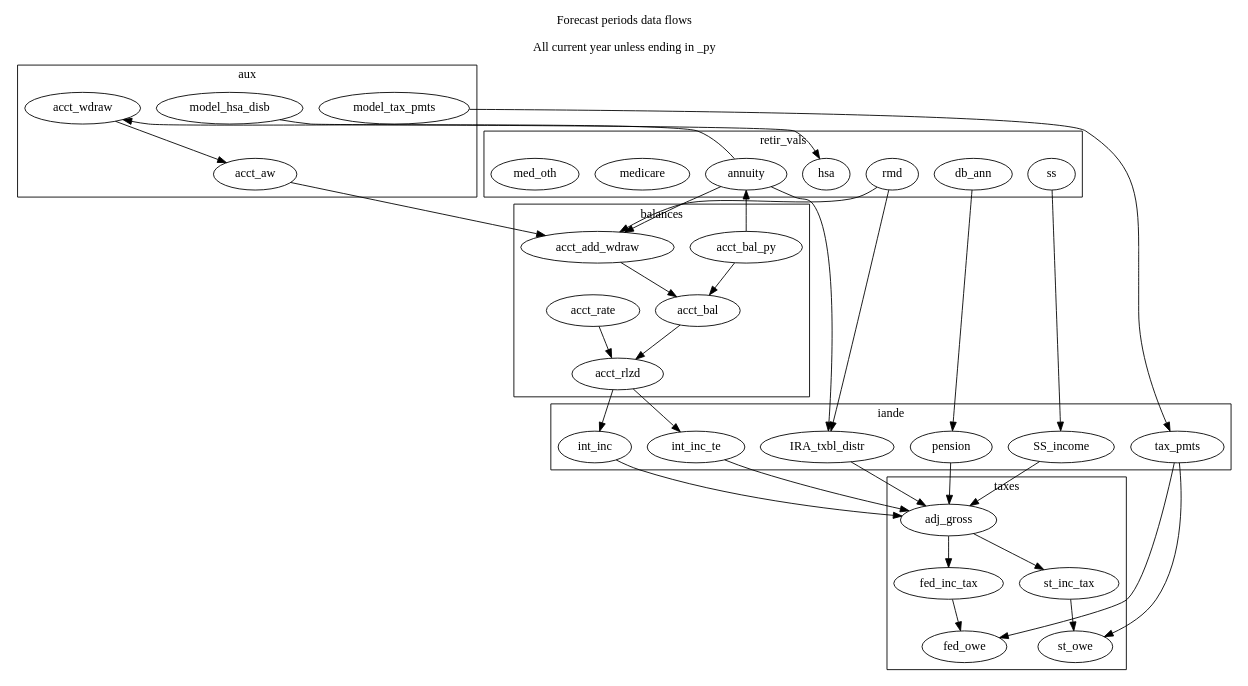
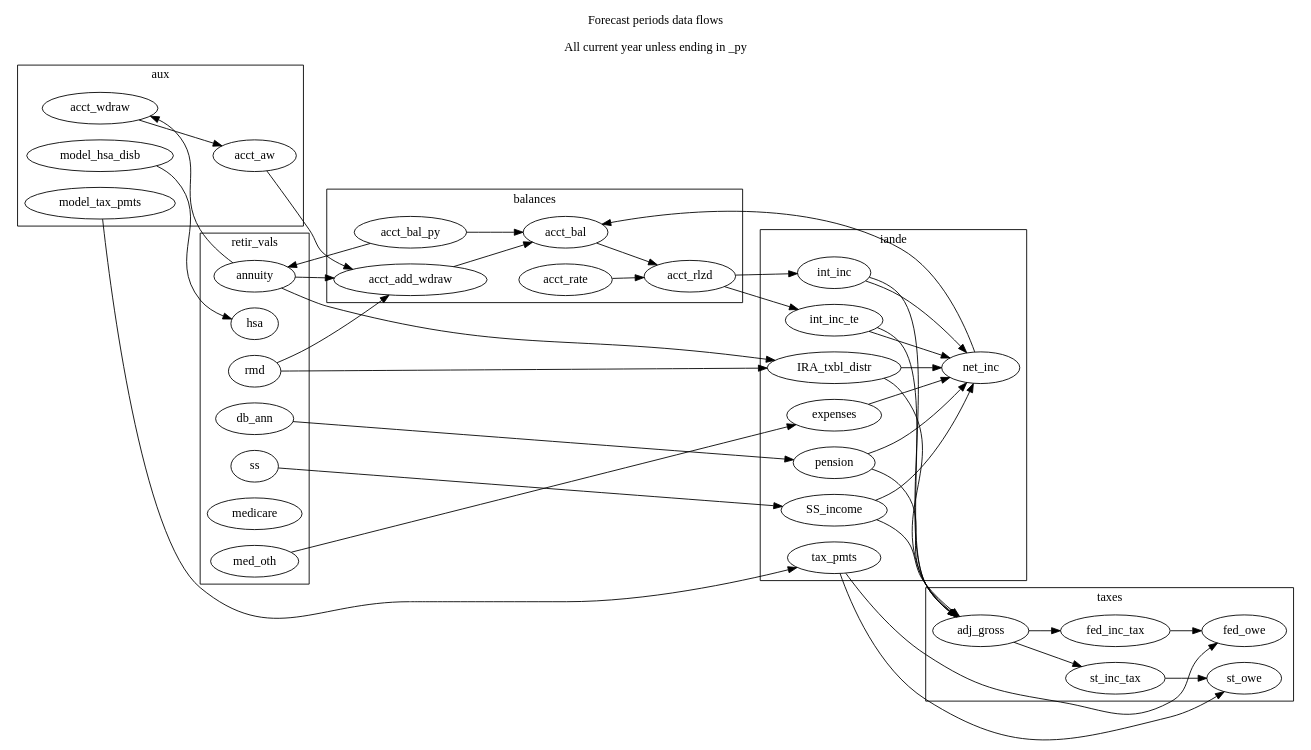
One commit to cronical/budget_dance changed the diagram in docs/fcast_flow.dot. Above: the diagram before and after it, drawn with Graphviz.

```diff
--- a/docs/fcast_flow.dot
+++ b/docs/fcast_flow.dot
@@ -1,69 +1,75 @@
 digraph {
   graph [
     label = "Forecast periods data flows\n\nAll current year unless ending in _py"
     labelloc= t
+    rankdir="LR"
   ]
 
   subgraph cluster_0{
     label=balances
     acct_bal_py 
     acct_add_wdraw
     acct_bal
     acct_rate
     acct_rlzd
   }
 
   subgraph cluster_1{
     label=retir_vals
     annuity 
     rmd
     db_ann
     ss
     hsa
     medicare
     med_oth
   }
 
   subgraph cluster_2{
     label=iande
     IRA_txbl_distr 
     pension
     SS_income
     int_inc
     int_inc_te
     tax_pmts
+    expenses
+    net_inc
   }
 
   subgraph cluster_3{
     label=aux
     acct_wdraw ->  acct_aw 
     model_tax_pmts
     model_hsa_disb
   }
 
   subgraph cluster_4{
     label=taxes
     adj_gross -> {fed_inc_tax st_inc_tax}
     fed_owe
     st_owe
     
   }
 
   acct_bal_py -> annuity -> IRA_txbl_distr
   acct_bal_py -> acct_bal
   rmd -> IRA_txbl_distr
 
   annuity -> {acct_wdraw acct_add_wdraw}
   rmd -> acct_add_wdraw
   acct_aw-> acct_add_wdraw ->  acct_bal
   db_ann->pension
   ss -> SS_income
 
   {acct_rate acct_bal} -> acct_rlzd
   acct_rlzd -> {int_inc int_inc_te}
   {IRA_txbl_distr pension SS_income int_inc int_inc_te} -> adj_gross
+  {IRA_txbl_distr pension SS_income int_inc int_inc_te expenses}->net_inc
   {tax_pmts fed_inc_tax} -> fed_owe
   model_tax_pmts -> tax_pmts
   {tax_pmts st_inc_tax}-> st_owe
   model_hsa_disb -> hsa
+  med_oth->expenses
+  net_inc ->acct_bal
   }
```
